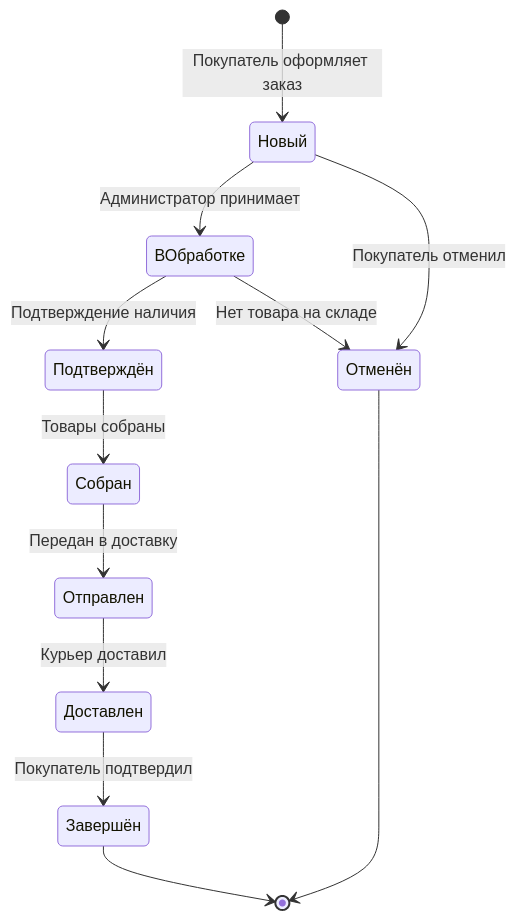
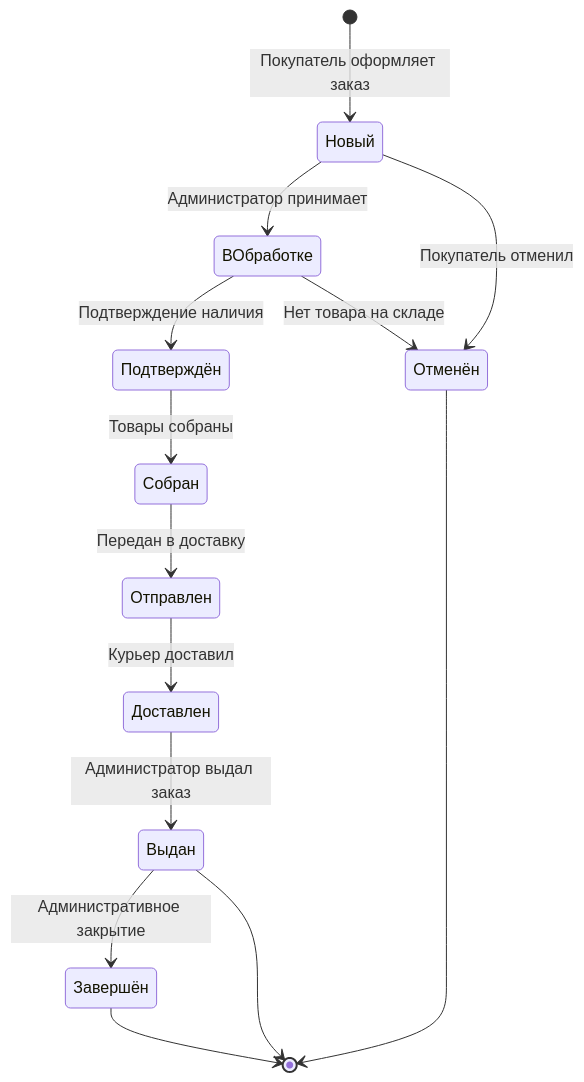
One commit to MaltsevArseny/Diplom_KST_New changed the fourth of 6 diagrams in docs/ПОЯСНИТЕЛЬНАЯ_ЗАПИСКА.md. Above: the diagram before and after it, drawn with Mermaid. The commit also changed other lines of this file and 26 other files, not shown here.

````diff
--- a/docs/ПОЯСНИТЕЛЬНАЯ_ЗАПИСКА.md
+++ b/docs/ПОЯСНИТЕЛЬНАЯ_ЗАПИСКА.md
@@ -809,14 +809,16 @@
 ```mermaid
 stateDiagram-v2
     [*] --> Новый: Покупатель оформляет заказ
     Новый --> ВОбработке: Администратор принимает
     ВОбработке --> Подтверждён: Подтверждение наличия
     Подтверждён --> Собран: Товары собраны
     Собран --> Отправлен: Передан в доставку
     Отправлен --> Доставлен: Курьер доставил
-    Доставлен --> Завершён: Покупатель подтвердил
+    Доставлен --> Выдан: Администратор выдал заказ
+    Выдан --> Завершён: Административное закрытие
     Новый --> Отменён: Покупатель отменил
     ВОбработке --> Отменён: Нет товара на складе
+    Выдан --> [*]
     Завершён --> [*]
     Отменён --> [*]
 ```
````
